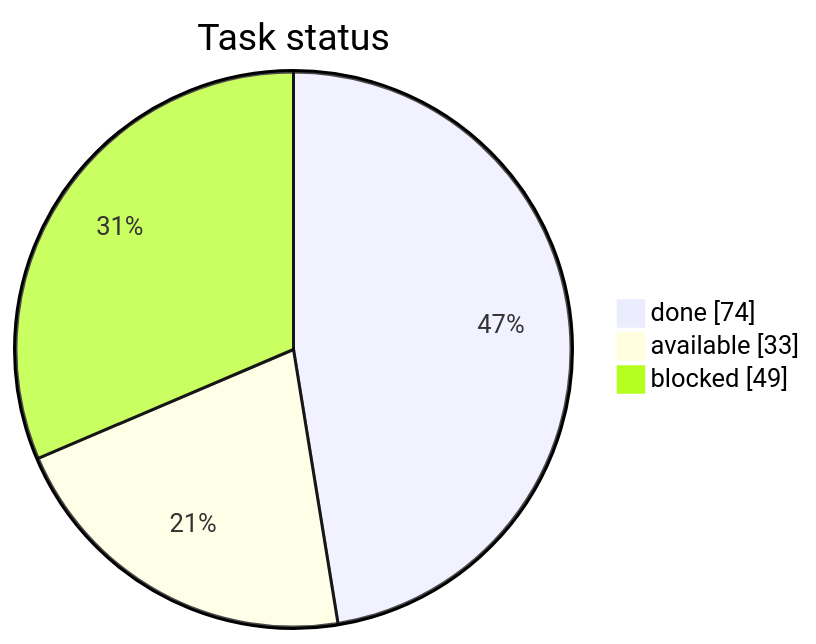
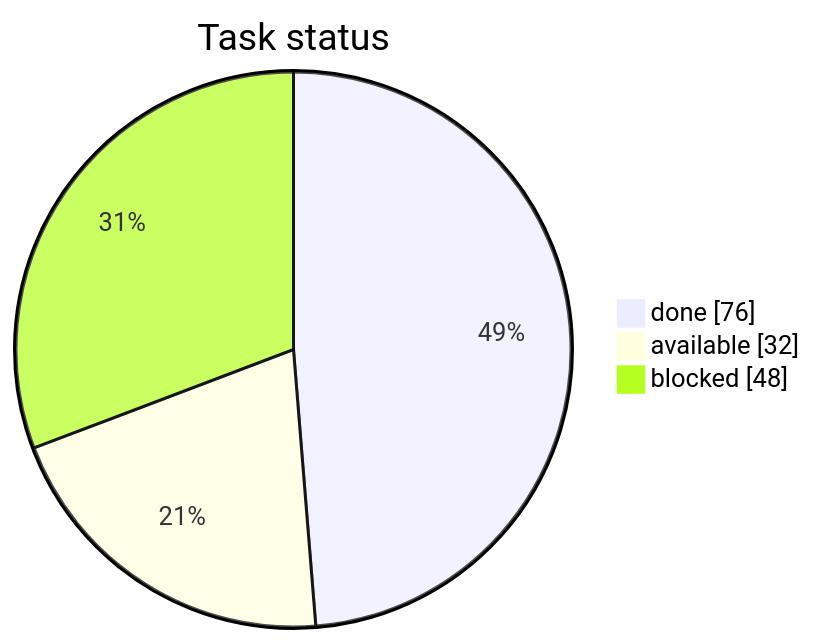
One commit to artemiiShabanov/RallyRivals changed the first of 3 diagrams in STATUS.md. Above: the diagram before and after it, drawn with Mermaid. The commit also changed other lines of this file and 7 other files, not shown here.

````diff
--- a/STATUS.md
+++ b/STATUS.md
@@ -7,7 +7,7 @@
 ```mermaid
 pie showData
     title Task status
-    "done" : 74
-    "available" : 33
-    "blocked" : 49
+    "done" : 76
+    "available" : 32
+    "blocked" : 48
 ```
````
